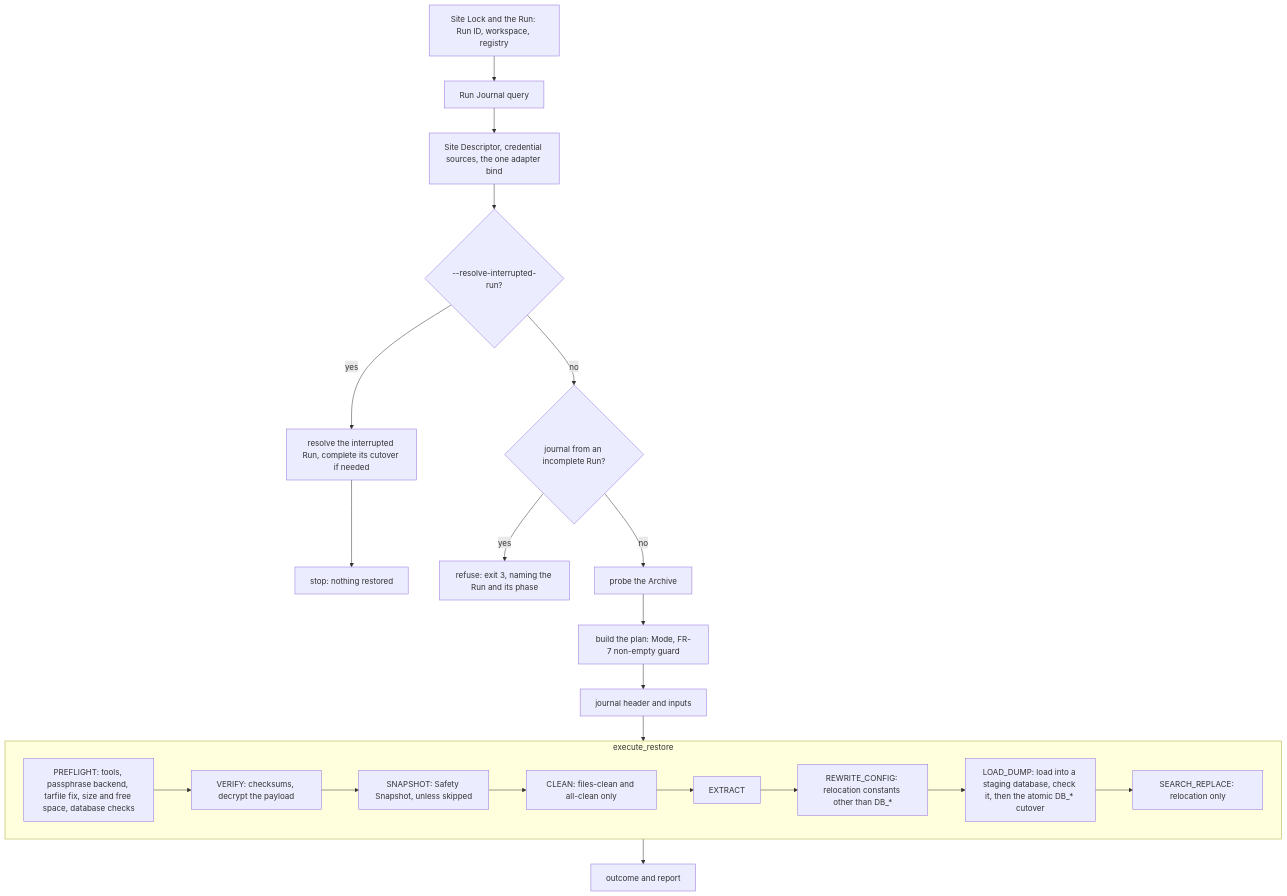
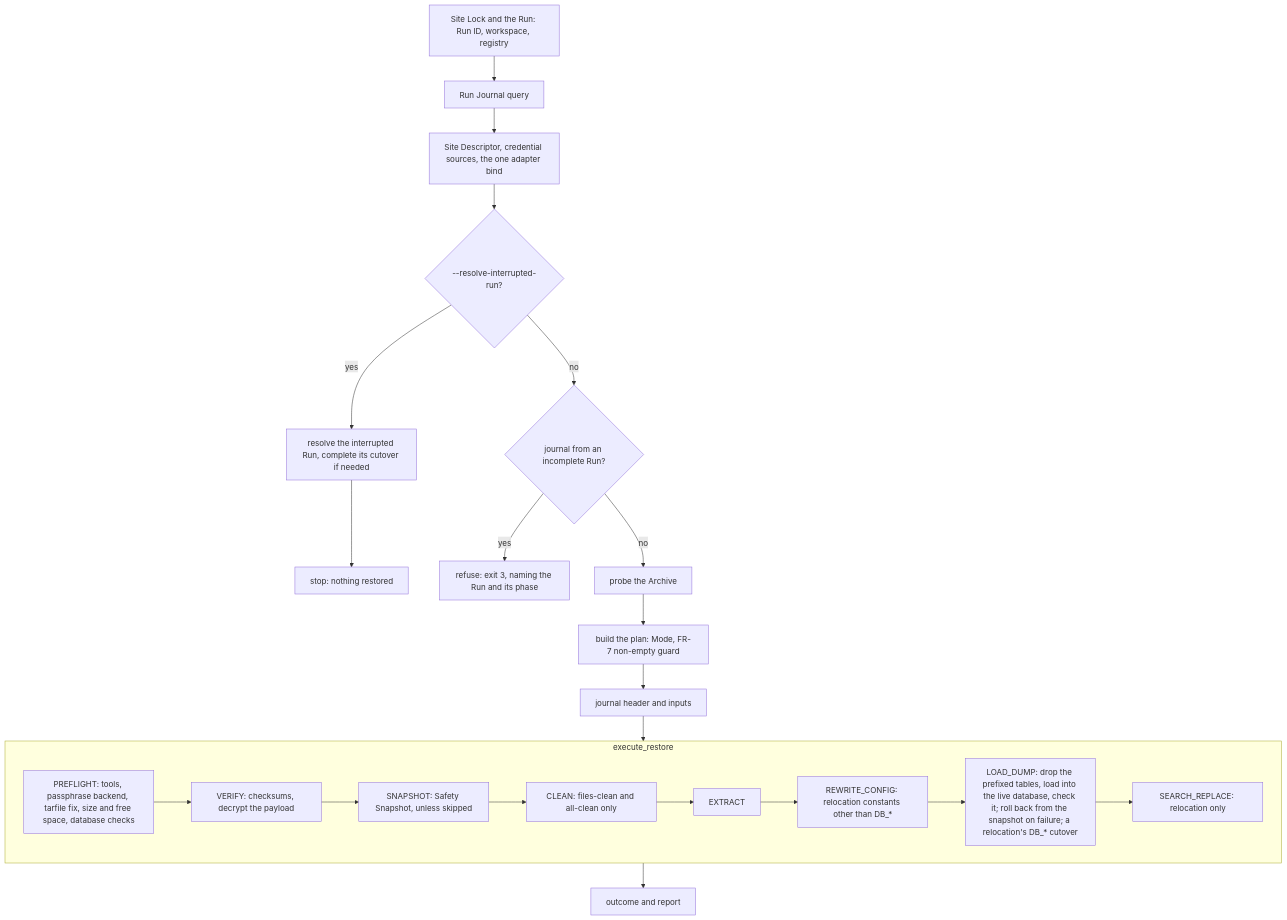
The diagram in docs/restore.md (LiquidLogicLabs/l3io-wordpress-backup), drawn with Mermaid before and after one commit. The commit also changed other lines of this file and 81 other files, not shown here.

````diff
--- a/docs/restore.md
+++ b/docs/restore.md
@@ -480,23 +549,23 @@
 ```mermaid
 flowchart TD
     A[Site Lock and the Run: Run ID, workspace, registry] --> B[Run Journal query]
     B --> C[Site Descriptor, credential sources, the one adapter bind]
     C --> D{--resolve-interrupted-run?}
     D -- yes --> D1[resolve the interrupted Run, complete its cutover if needed] --> Z[stop: nothing restored]
     D -- no --> E{journal from an incomplete Run?}
     E -- yes --> E1[refuse: exit 3, naming the Run and its phase]
     E -- no --> F[probe the Archive]
     F --> G[build the plan: Mode, FR-7 non-empty guard]
     G --> H[journal header and inputs]
     H --> X
     subgraph X [execute_restore]
         P[PREFLIGHT: tools, passphrase backend, tarfile fix, size and free space, database checks] --> V[VERIFY: checksums, decrypt the payload]
         V --> S[SNAPSHOT: Safety Snapshot, unless skipped]
         S --> CL[CLEAN: files-clean and all-clean only]
         CL --> EX[EXTRACT]
         EX --> RC[REWRITE_CONFIG: relocation constants other than DB_*]
-        RC --> L[LOAD_DUMP: load into a staging database, check it, then the atomic DB_* cutover]
+        RC --> L[LOAD_DUMP: drop the prefixed tables, load into the live database, check it; roll back from the snapshot on failure; a relocation's DB_* cutover]
         L --> SR[SEARCH_REPLACE: relocation only]
     end
     X --> O[outcome and report]
 ```
````
